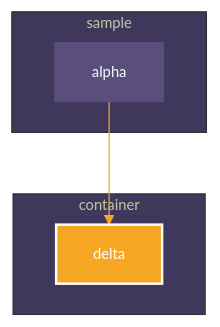
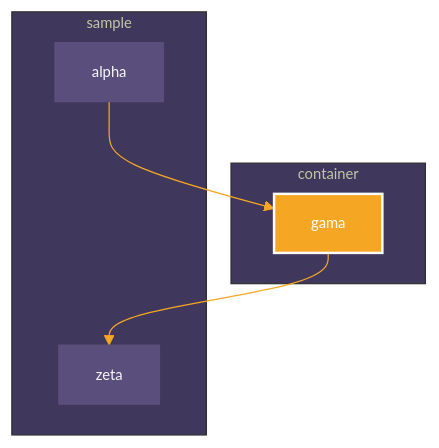
Before and after one commit to iurysza/module-graph: the diagram in sample/README.md, drawn with Mermaid. The commit also changed 23 other files, not shown here.

````diff
--- a/sample/README.md
+++ b/sample/README.md
@@ -3,20 +3,22 @@
 ```mermaid
 %%{
   init: {
     'theme': 'base',
-	'themeVariables': {"primaryTextColor":"#F6F8FAff","primaryColor":"#5a4f7c","primaryBorderColor":"#5a4f7c","tertiaryColor":"#40375c","lineColor":"#f5a623","fontSize":"12px"}
+    'themeVariables': {"primaryTextColor":"#F6F8FAff","primaryColor":"#5a4f7c","primaryBorderColor":"#5a4f7c","tertiaryColor":"#40375c","lineColor":"#f5a623","fontSize":"12px"}
   }
 }%%
 
 graph TB
+  subgraph container
+    gama
+  end
   subgraph sample
     alpha
+    zeta
   end
-  subgraph container
-    delta
-  end
-  alpha --> delta
+  alpha --> gama
+  gama --> zeta
 
 classDef focus fill:#F5A622,stroke:#fff,stroke-width:2px,color:#fff;
-class delta focus
+class gama focus
 ```
````
